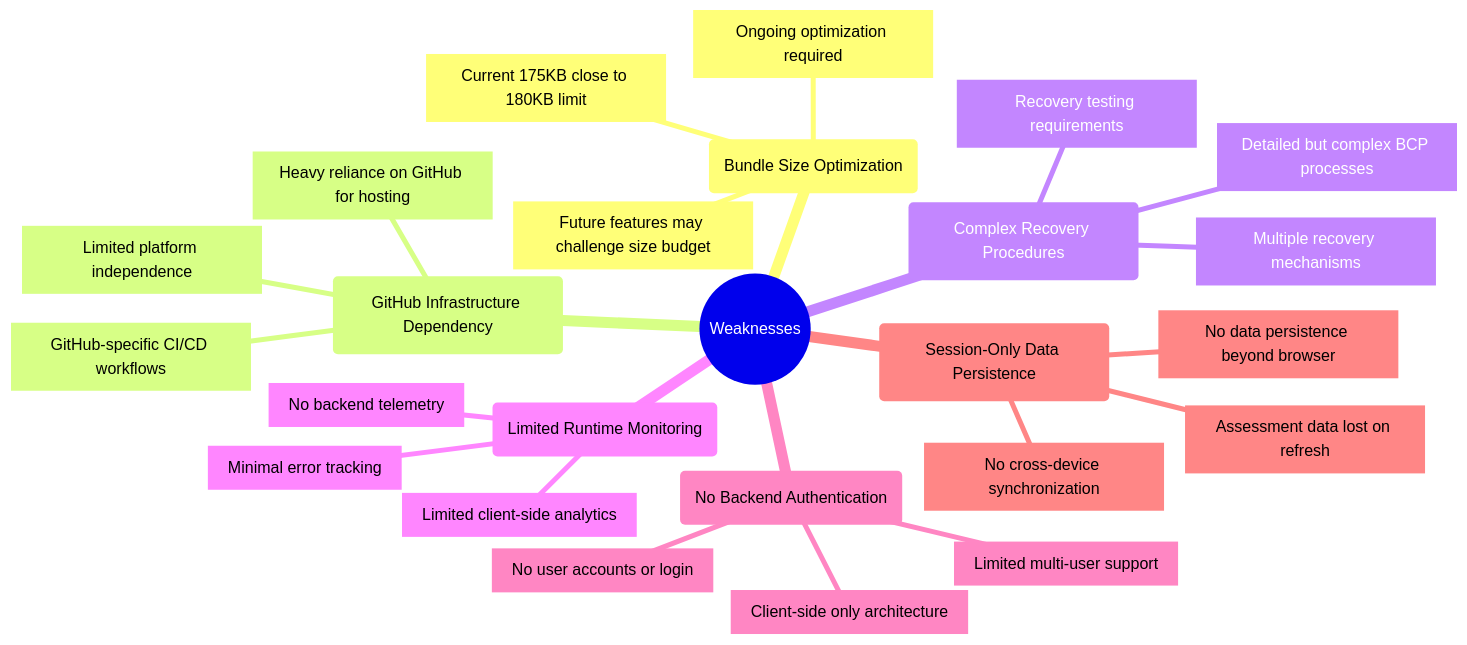
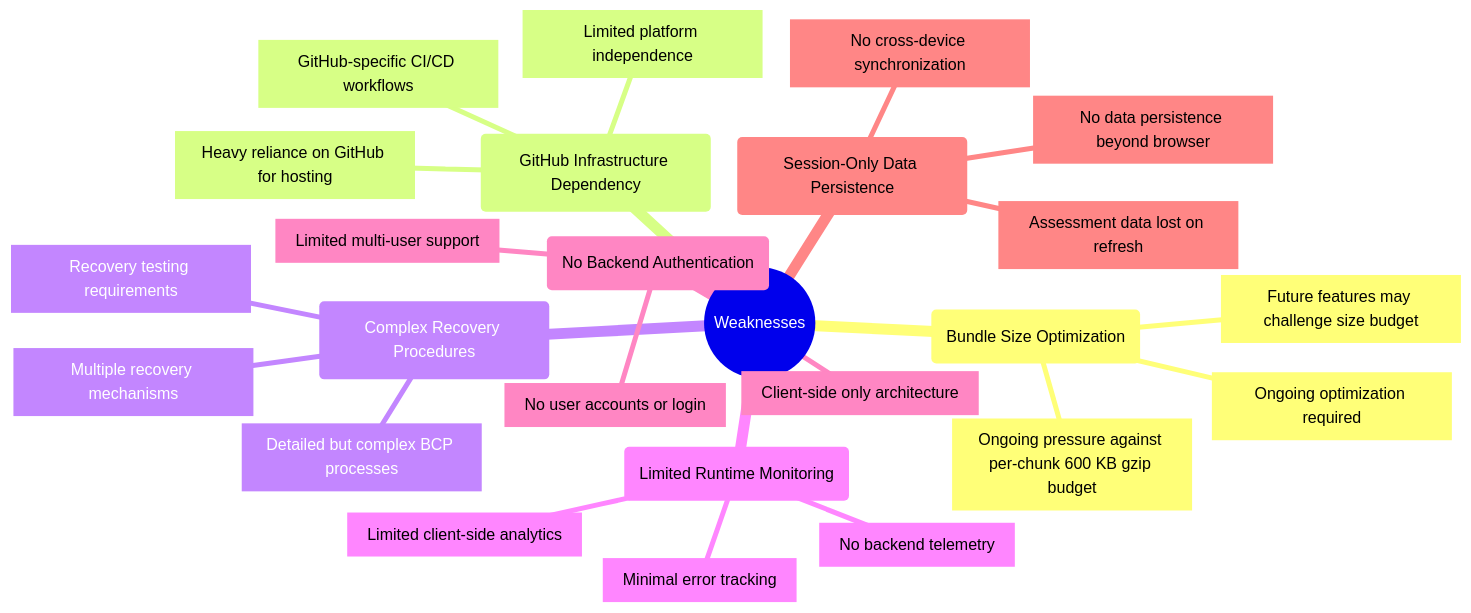
Before and after one commit to step-security-bot/cia-compliance-manager: the fourth of 7 diagrams in docs/architecture/SWOT.md, drawn with Mermaid. The commit also changed other lines of this file and 12 other files, not shown here.

````diff
--- a/docs/architecture/SWOT.md
+++ b/docs/architecture/SWOT.md
@@ -229,28 +230,28 @@
 ```mermaid
 mindmap
   root((Weaknesses))
     id1(Bundle Size Optimization)
-      id1.1[Current 175KB close to 180KB limit]
+      id1.1[Ongoing pressure against per-chunk 600 KB gzip budget]
       id1.2[Future features may challenge size budget]
       id1.3[Ongoing optimization required]
     id2(GitHub Infrastructure Dependency)
       id2.1[Heavy reliance on GitHub for hosting]
       id2.2[GitHub-specific CI/CD workflows]
       id2.3[Limited platform independence]
     id3(Complex Recovery Procedures)
       id3.1[Detailed but complex BCP processes]
       id3.2[Multiple recovery mechanisms]
       id3.3[Recovery testing requirements]
     id4(Limited Runtime Monitoring)
       id4.1[No backend telemetry]
       id4.2[Limited client-side analytics]
       id4.3[Minimal error tracking]
     id5(No Backend Authentication)
       id5.1[Client-side only architecture]
       id5.2[No user accounts or login]
       id5.3[Limited multi-user support]
     id6(Session-Only Data Persistence)
       id6.1[No data persistence beyond browser]
       id6.2[Assessment data lost on refresh]
       id6.3[No cross-device synchronization]
 ```
````
